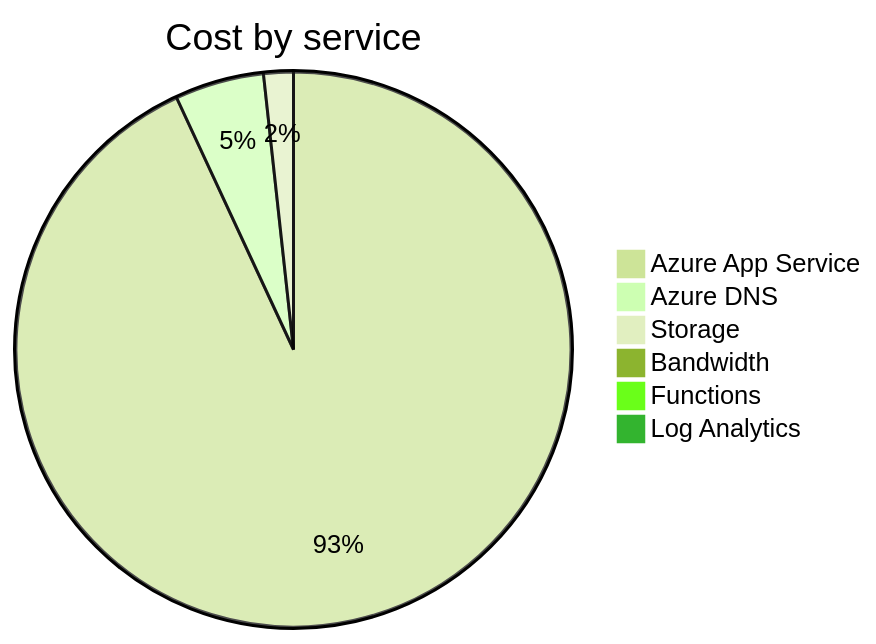
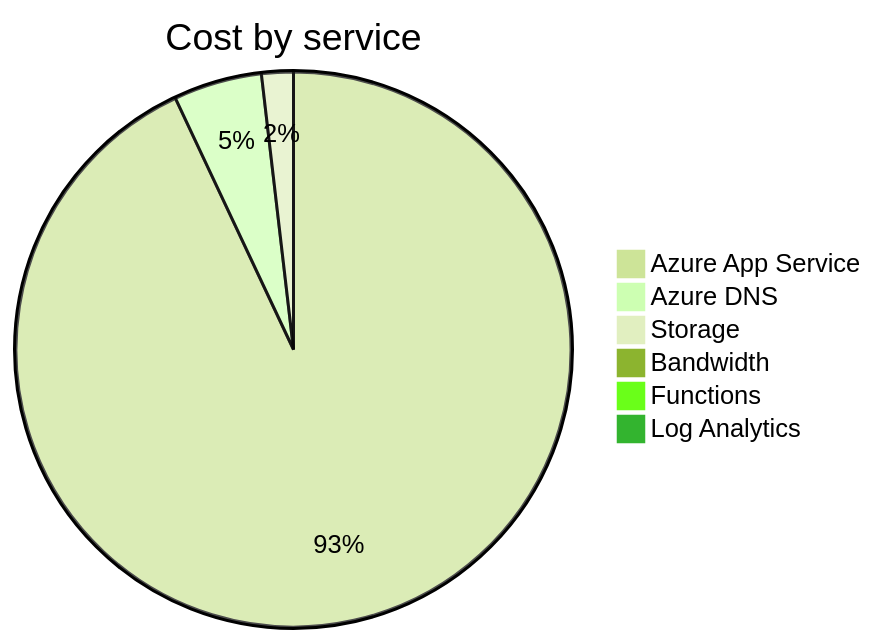
Before and after one commit to jpfulton/azure-personal-reports: the second of 4 diagrams in cost-reports/accumulated-cost.md, drawn with Mermaid (forest theme). The commit also changed other lines of this file and 4 other files, not shown here.

````diff
--- a/cost-reports/accumulated-cost.md
+++ b/cost-reports/accumulated-cost.md
@@ -100,10 +100,10 @@
 ```mermaid
 pie
    title Cost by service
-   "Azure App Service" : 6.46
-   "Azure DNS" : 0.36
-   "Storage" : 0.12
+   "Azure App Service" : 7.05
+   "Azure DNS" : 0.39
+   "Storage" : 0.14
    "Bandwidth" : 0.00
    "Functions" : 0.00
    "Log Analytics" : 0.00
 ```
````
